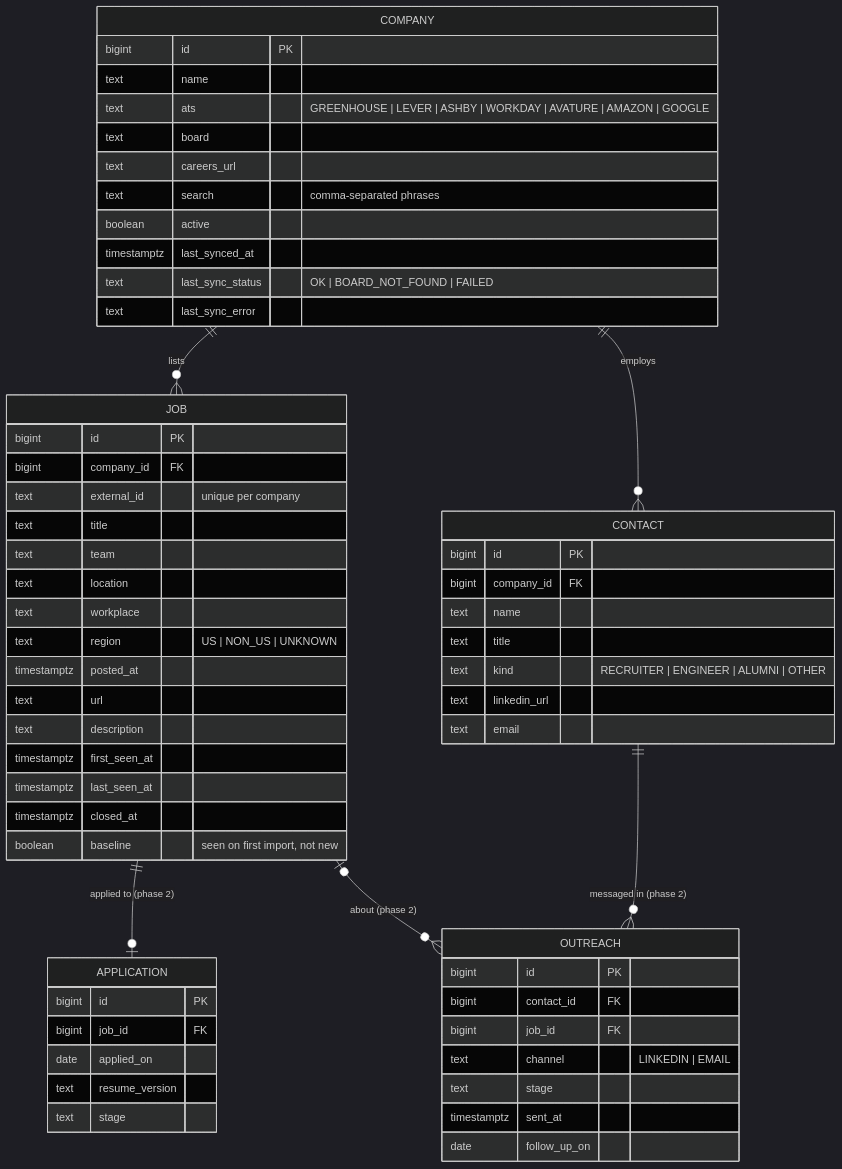
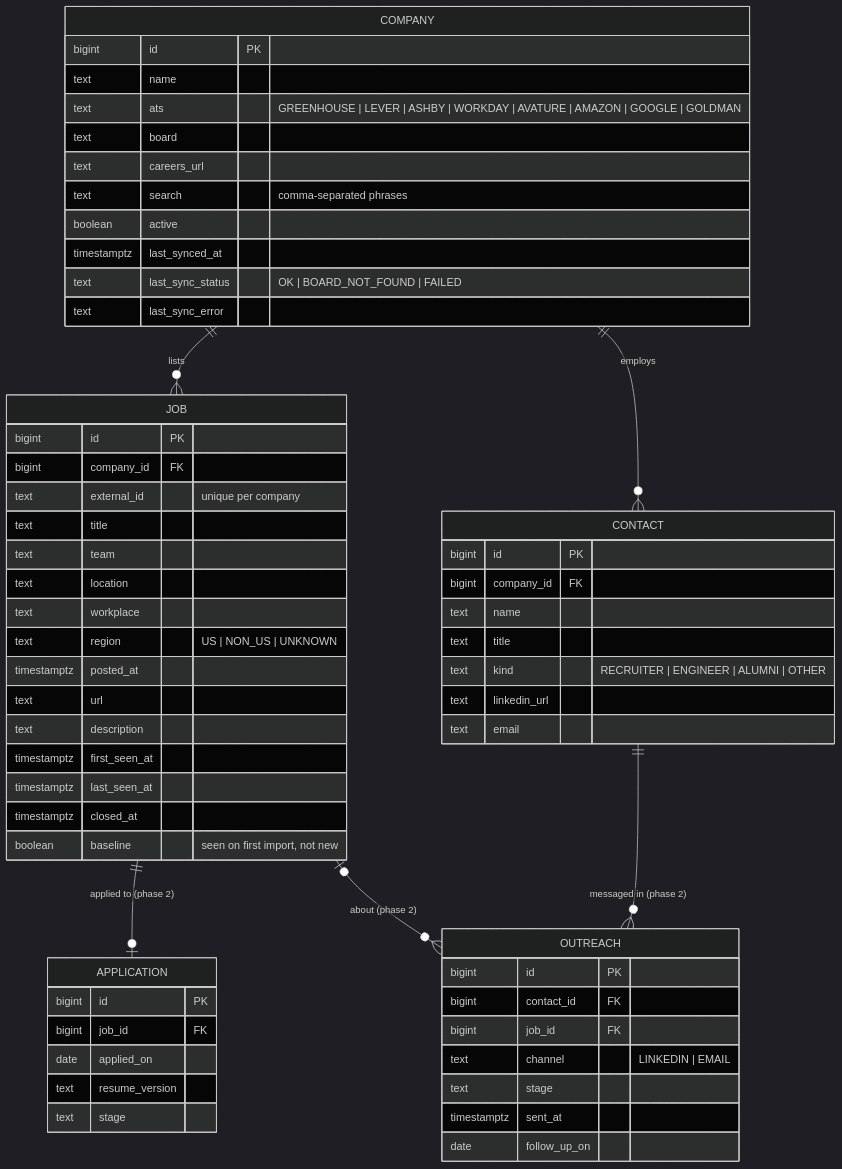
One commit to TechByChibuzo/job-search-assistant changed the fourth of 5 diagrams in docs/architecture.md. Above: the diagram before and after it, drawn with Mermaid (dark theme). The commit also changed other lines of this file and 3 other files, not shown here.

First line of the commit message:
docs: Goldman Sachs source and job-alert email import on the roadmap

````diff
--- a/docs/architecture.md
+++ b/docs/architecture.md
@@ -207,63 +209,63 @@
 ```mermaid
 erDiagram
     COMPANY ||--o{ JOB : lists
     COMPANY ||--o{ CONTACT : employs
     JOB ||--o| APPLICATION : "applied to (phase 2)"
     CONTACT ||--o{ OUTREACH : "messaged in (phase 2)"
     JOB |o--o{ OUTREACH : "about (phase 2)"
 
     COMPANY {
         bigint id PK
         text name
-        text ats "GREENHOUSE | LEVER | ASHBY | WORKDAY | AVATURE | AMAZON | GOOGLE"
+        text ats "GREENHOUSE | LEVER | ASHBY | WORKDAY | AVATURE | AMAZON | GOOGLE | GOLDMAN"
         text board
         text careers_url
         text search "comma-separated phrases"
         boolean active
         timestamptz last_synced_at
         text last_sync_status "OK | BOARD_NOT_FOUND | FAILED"
         text last_sync_error
     }
     JOB {
         bigint id PK
         bigint company_id FK
         text external_id "unique per company"
         text title
         text team
         text location
         text workplace
         text region "US | NON_US | UNKNOWN"
         timestamptz posted_at
         text url
         text description
         timestamptz first_seen_at
         timestamptz last_seen_at
         timestamptz closed_at
         boolean baseline "seen on first import, not new"
     }
     CONTACT {
         bigint id PK
         bigint company_id FK
         text name
         text title
         text kind "RECRUITER | ENGINEER | ALUMNI | OTHER"
         text linkedin_url
         text email
     }
     OUTREACH {
         bigint id PK
         bigint contact_id FK
         bigint job_id FK
         text channel "LINKEDIN | EMAIL"
         text stage
         timestamptz sent_at
         date follow_up_on
     }
     APPLICATION {
         bigint id PK
         bigint job_id FK
         date applied_on
         text resume_version
         text stage
     }
 ```
````
